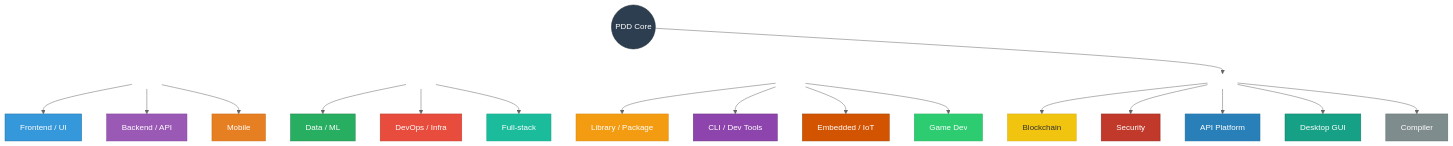
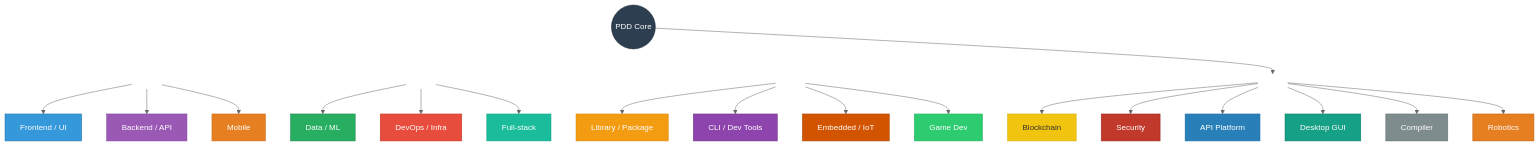
The third of 5 diagrams in docs/philosophy.md (harshal2802/pdd-skill), drawn with Mermaid (neutral theme) before and after one commit. The commit also changed other lines of this file and 5 other files, not shown here.

````diff
--- a/docs/philosophy.md
+++ b/docs/philosophy.md
@@ -113,50 +113,52 @@
 ```mermaid
 graph TD
     PDD((PDD Core))
 
     PDD --> row1[ ] & row2[ ] & row3[ ] & row4[ ]
 
     row1 --> FE["Frontend / UI"]
     row1 --> BE["Backend / API"]
     row1 --> MO["Mobile"]
 
     row2 --> DA["Data / ML"]
     row2 --> DO["DevOps / Infra"]
     row2 --> FS["Full-stack"]
 
     row3 --> LB["Library / Package"]
     row3 --> CL["CLI / Dev Tools"]
     row3 --> EM["Embedded / IoT"]
     row3 --> GD["Game Dev"]
 
     row4 --> BC["Blockchain"]
     row4 --> SC["Security"]
     row4 --> AP["API Platform"]
     row4 --> DG["Desktop GUI"]
     row4 --> CO["Compiler"]
+    row4 --> RO["Robotics"]
 
     style row1 fill:none,stroke:none
     style row2 fill:none,stroke:none
     style row3 fill:none,stroke:none
     style row4 fill:none,stroke:none
     style PDD fill:#2c3e50,stroke:#1a252f,color:#fff
     style FE fill:#3498db,stroke:#2471a3,color:#fff
     style BE fill:#9b59b6,stroke:#7d3c98,color:#fff
     style MO fill:#e67e22,stroke:#ca6f1e,color:#fff
     style DA fill:#27ae60,stroke:#1e8449,color:#fff
     style DO fill:#e74c3c,stroke:#c0392b,color:#fff
     style FS fill:#1abc9c,stroke:#17a589,color:#fff
     style LB fill:#f39c12,stroke:#d68910,color:#fff
     style CL fill:#8e44ad,stroke:#6c3483,color:#fff
     style EM fill:#d35400,stroke:#a04000,color:#fff
     style GD fill:#2ecc71,stroke:#27ae60,color:#fff
     style BC fill:#f1c40f,stroke:#d4ac0d,color:#333
     style SC fill:#c0392b,stroke:#96281b,color:#fff
     style AP fill:#2980b9,stroke:#1f6da0,color:#fff
     style DG fill:#16a085,stroke:#0e7a63,color:#fff
     style CO fill:#7f8c8d,stroke:#5d6d6e,color:#fff
+    style RO fill:#e67e22,stroke:#b8620d,color:#fff
 
     linkStyle 0 stroke:none
     linkStyle 1 stroke:none
     linkStyle 2 stroke:none
 ```
````
